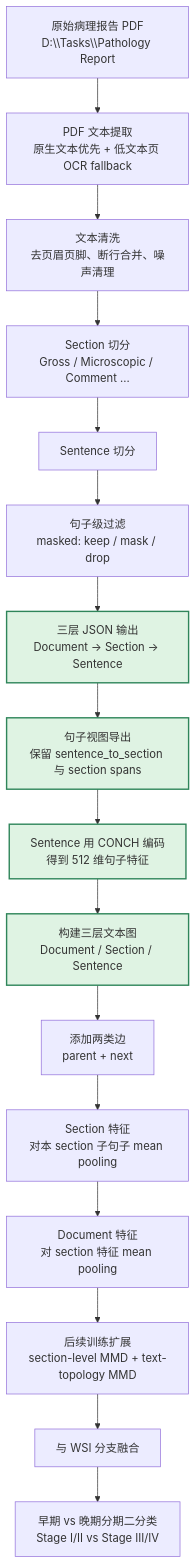
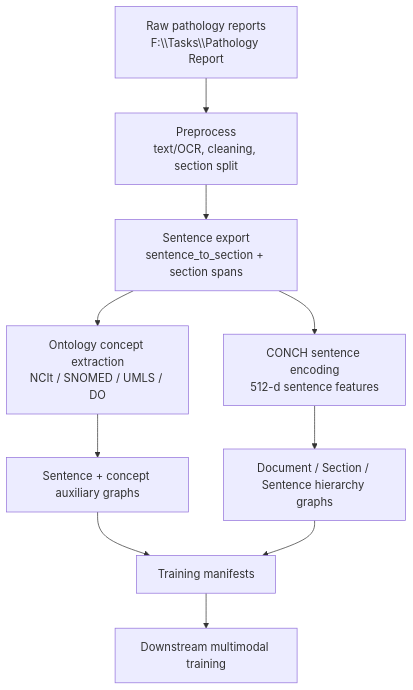
The diagram in pathology_report_extraction/workflow_overview.md (Qingjing520/isbi_code), drawn with Mermaid before and after one commit. The commit also changed other lines of this file and 85 other files, not shown here.

Commit message:
Organize ontology graph experiment workflow

````diff
--- a/pathology_report_extraction/workflow_overview.md
+++ b/pathology_report_extraction/workflow_overview.md
@@ -15,23 +6,12 @@
 ```mermaid
 flowchart TD
-    A["原始病理报告 PDF<br/>D:\\Tasks\\Pathology Report"] --> B["PDF 文本提取<br/>原生文本优先 + 低文本页 OCR fallback"]
-    B --> C["文本清洗<br/>去页眉页脚、断行合并、噪声清理"]
-    C --> D["Section 切分<br/>Gross / Microscopic / Comment ..."]
-    D --> E["Sentence 切分"]
-    E --> F["句子级过滤<br/>masked: keep / mask / drop"]
-    F --> G["三层 JSON 输出<br/>Document -> Section -> Sentence"]
-    G --> H["句子视图导出<br/>保留 sentence_to_section 与 section spans"]
-    H --> I["Sentence 用 CONCH 编码<br/>得到 512 维句子特征"]
-    I --> J["构建三层文本图<br/>Document / Section / Sentence"]
-    J --> K["添加两类边<br/>parent + next"]
-    K --> L["Section 特征<br/>对本 section 子句子 mean pooling"]
-    L --> M["Document 特征<br/>对 section 特征 mean pooling"]
-    M --> N["后续训练扩展<br/>section-level MMD + text-topology MMD"]
-    N --> O["与 WSI 分支融合"]
-    O --> P["早期 vs 晚期分期二分类<br/>Stage I/II vs Stage III/IV"]
-
-    style G fill:#dff3e3,stroke:#2f855a,stroke-width:2px
-    style H fill:#dff3e3,stroke:#2f855a,stroke-width:2px
-    style I fill:#dff3e3,stroke:#2f855a,stroke-width:2px
-    style J fill:#dff3e3,stroke:#2f855a,stroke-width:2px
+    A["Raw pathology reports<br/>F:\\Tasks\\Pathology Report"] --> B["Preprocess<br/>text/OCR, cleaning, section split"]
+    B --> C["Sentence export<br/>sentence_to_section + section spans"]
+    C --> D["Ontology concept extraction<br/>NCIt / SNOMED / UMLS / DO"]
+    C --> E["CONCH sentence encoding<br/>512-d sentence features"]
+    D --> F["Sentence + concept auxiliary graphs"]
+    E --> G["Document / Section / Sentence hierarchy graphs"]
+    F --> H["Training manifests"]
+    G --> H
+    H --> I["Downstream multimodal training"]
 ```
````
